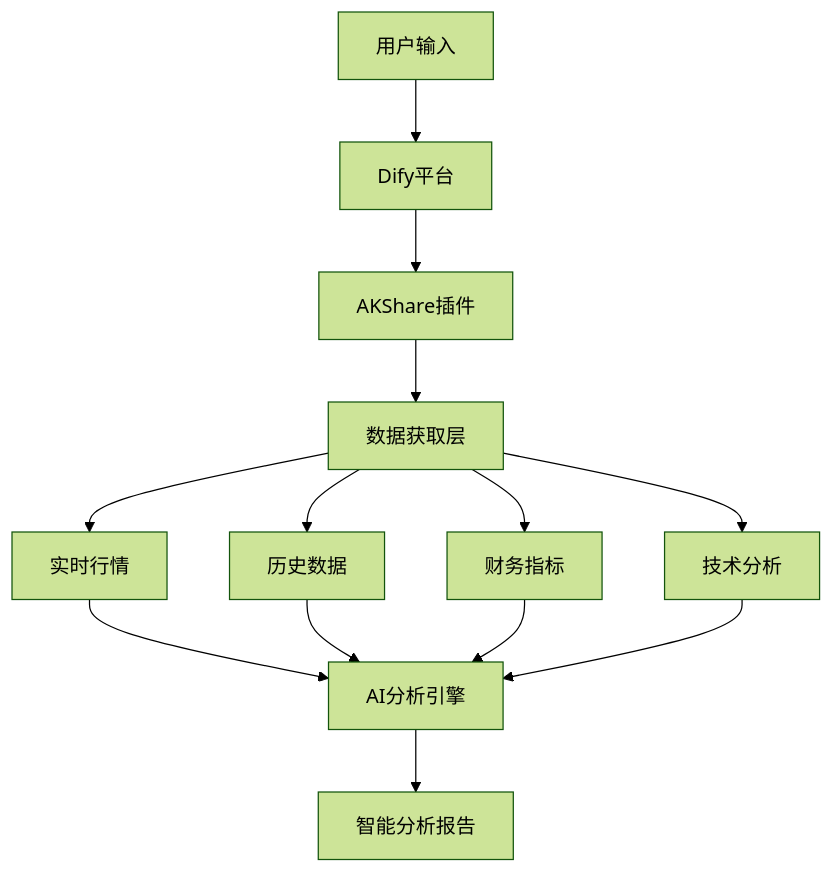
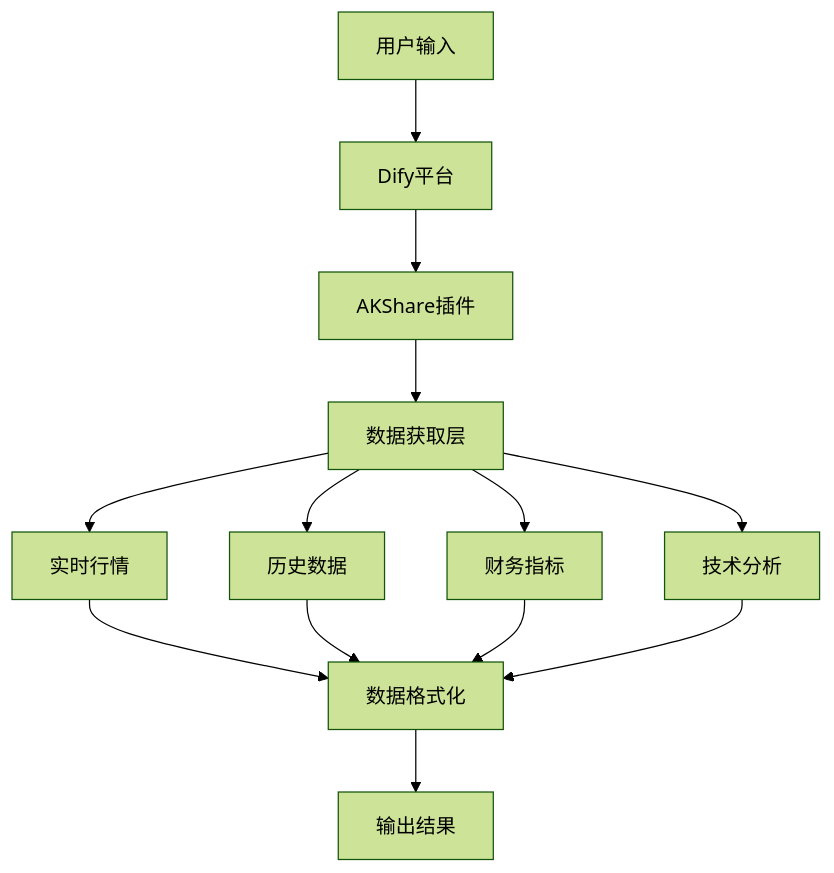
The diagram in 应用示例/AI股票分析新利器：零代码搭建专业股票分析系统，113个数据接口免费用！.md (shaoxing-xie/akshare-stockdata-plugin), drawn with Mermaid (forest theme) before and after one commit. The commit also changed other lines of this file and 5 other files, not shown here.

````diff
--- a/应用示例/AI股票分析新利器：零代码搭建专业股票分析系统，113个数据接口免费用！.md
+++ b/应用示例/AI股票分析新利器：零代码搭建专业股票分析系统，113个数据接口免费用！.md
@@ -52,15 +30,15 @@
 ```mermaid
 graph TB
     A[用户输入] --> B[Dify平台]
     B --> C[AKShare插件]
     C --> D[数据获取层]
     D --> E1[实时行情]
     D --> E2[历史数据]
     D --> E3[财务指标]
     D --> E4[技术分析]
-    E1 --> F[AI分析引擎]
+    E1 --> F[数据格式化]
     E2 --> F
     E3 --> F
     E4 --> F
-    F --> G[智能分析报告]
+    F --> G[输出结果]
 ```
````
